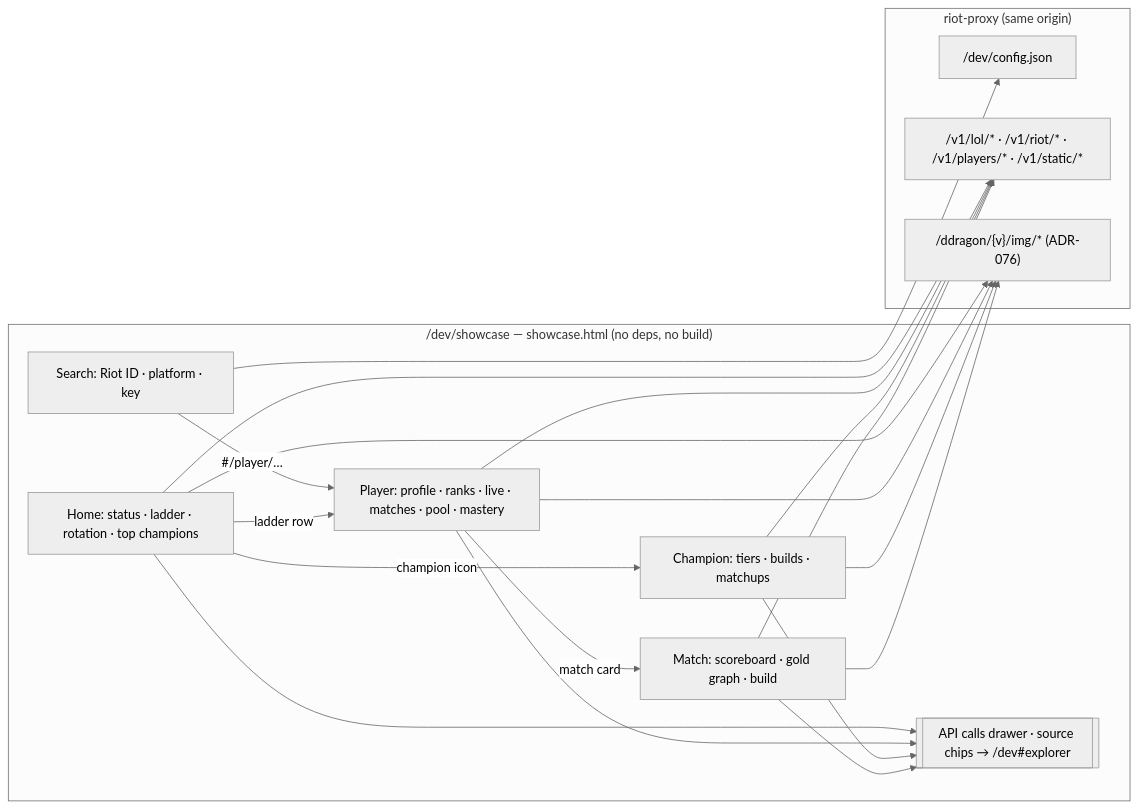
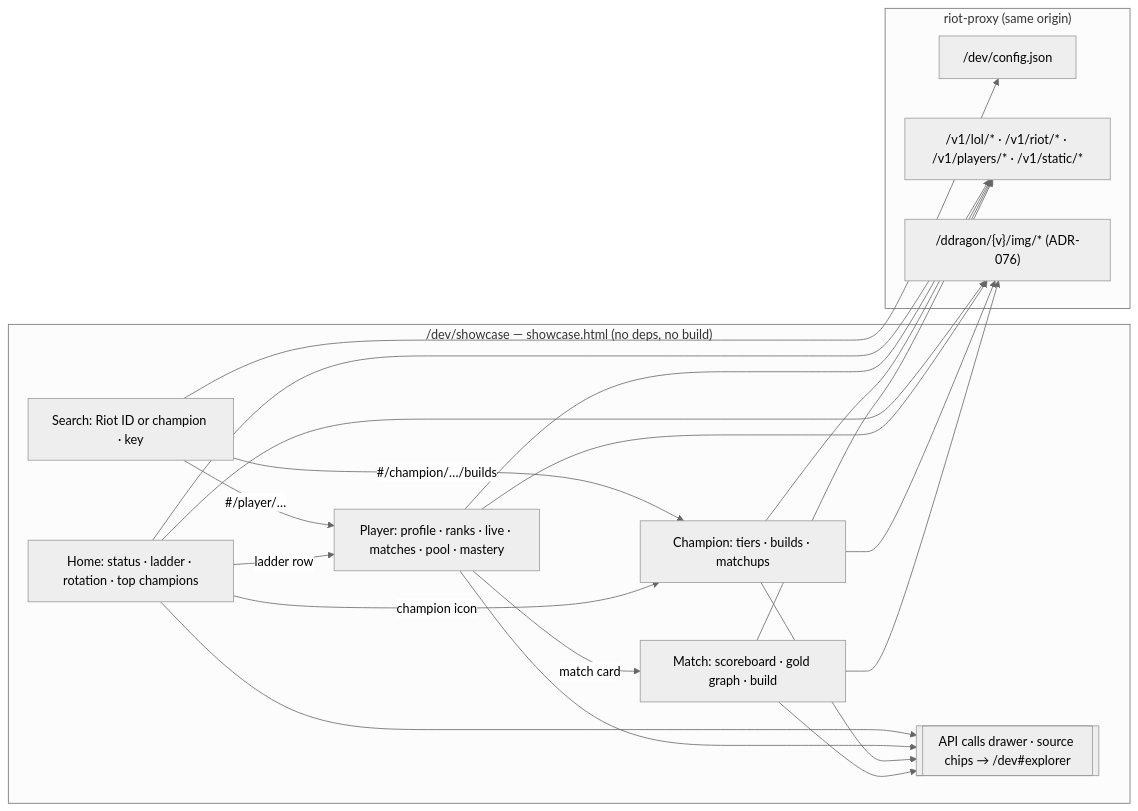
One commit to NinjaGoldfinch/riot-proxy changed the diagram in docs/design/11-showcase.md. Above: the diagram before and after it, drawn with Mermaid (neutral theme). The commit also changed other lines of this file and 6 other files, not shown here.

First line of the commit message:
feat(showcase): find the player's platform; search champions by name (#151)

````diff
--- a/docs/design/11-showcase.md
+++ b/docs/design/11-showcase.md
@@ -56,24 +58,25 @@
 ```mermaid
 flowchart LR
   subgraph Page["/dev/showcase — showcase.html (no deps, no build)"]
-    S[Search: Riot ID · platform · key]
+    S[Search: Riot ID or champion · key]
     H[Home: status · ladder · rotation · top champions]
     P[Player: profile · ranks · live · matches · pool · mastery]
     C[Champion: tiers · builds · matchups]
     M[Match: scoreboard · gold graph · build]
     D[[API calls drawer · source chips → /dev#explorer]]
     H & P & C & M --> D
   end
   subgraph Proxy["riot-proxy (same origin)"]
     CFG["/dev/config.json"]
     R["/v1/lol/* · /v1/riot/* · /v1/players/* · /v1/static/*"]
     DD["/ddragon/{v}/img/* (ADR-076)"]
   end
   S --> CFG
   H & P & C & M --> R
   H & P & C & M --> DD
   S -- "#/player/…" --> P
+  S -- "#/champion/…/builds" --> C
   H -- "ladder row" --> P
   H -- "champion icon" --> C
   P -- "match card" --> M
 ```
````
